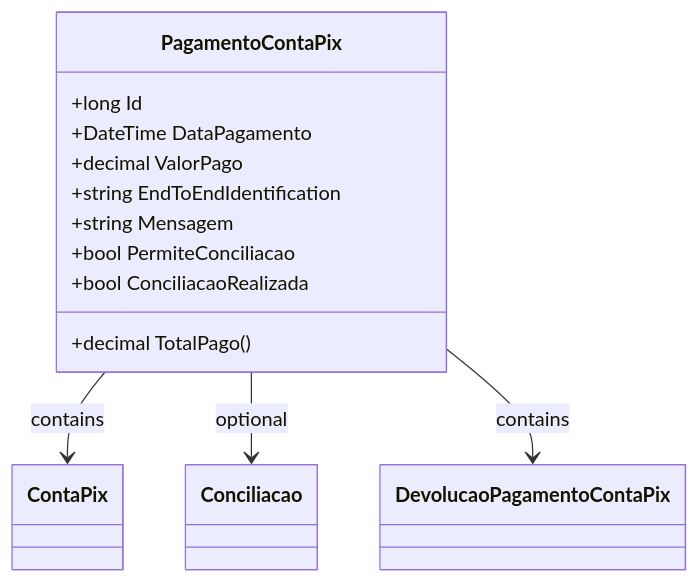
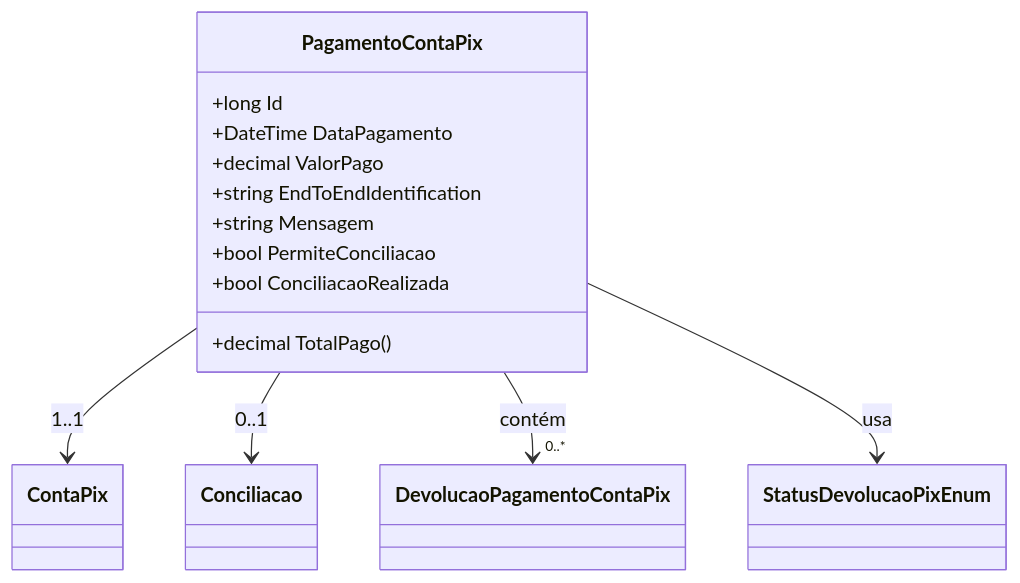
The second of 2 diagrams in docs/b2b-dominio/IsthmusWinthor.Nucleo/IsthmusWinthor.Dominio/Entidades/PagamentoContaPix.md (IsthmusSistemas/documentacao-tecnica), drawn with Mermaid before and after one commit. The commit also changed other lines of this file and 882 other files, not shown here.

````diff
--- a/docs/b2b-dominio/IsthmusWinthor.Nucleo/IsthmusWinthor.Dominio/Entidades/PagamentoContaPix.md
+++ b/docs/b2b-dominio/IsthmusWinthor.Nucleo/IsthmusWinthor.Dominio/Entidades/PagamentoContaPix.md
@@ -44,21 +44,22 @@
 ```mermaid
 classDiagram
     class PagamentoContaPix {
         +long Id
         +DateTime DataPagamento
         +decimal ValorPago
         +string EndToEndIdentification
         +string Mensagem
         +bool PermiteConciliacao
         +decimal TotalPago()
         +bool ConciliacaoRealizada
     }
+    class ContaPix {}
+    class Conciliacao {}
+    class DevolucaoPagamentoContaPix {}
+    class StatusDevolucaoPixEnum {}
 
-    class ContaPix
-    class Conciliacao
-    class DevolucaoPagamentoContaPix
-
-    PagamentoContaPix --> ContaPix : contains
-    PagamentoContaPix --> Conciliacao : optional
-    PagamentoContaPix --> DevolucaoPagamentoContaPix : contains
+    PagamentoContaPix --> ContaPix : 1..1
+    PagamentoContaPix --> Conciliacao : 0..1
+    PagamentoContaPix --> "0..*" DevolucaoPagamentoContaPix : contém
+    PagamentoContaPix --> StatusDevolucaoPixEnum : usa
 ```
````
